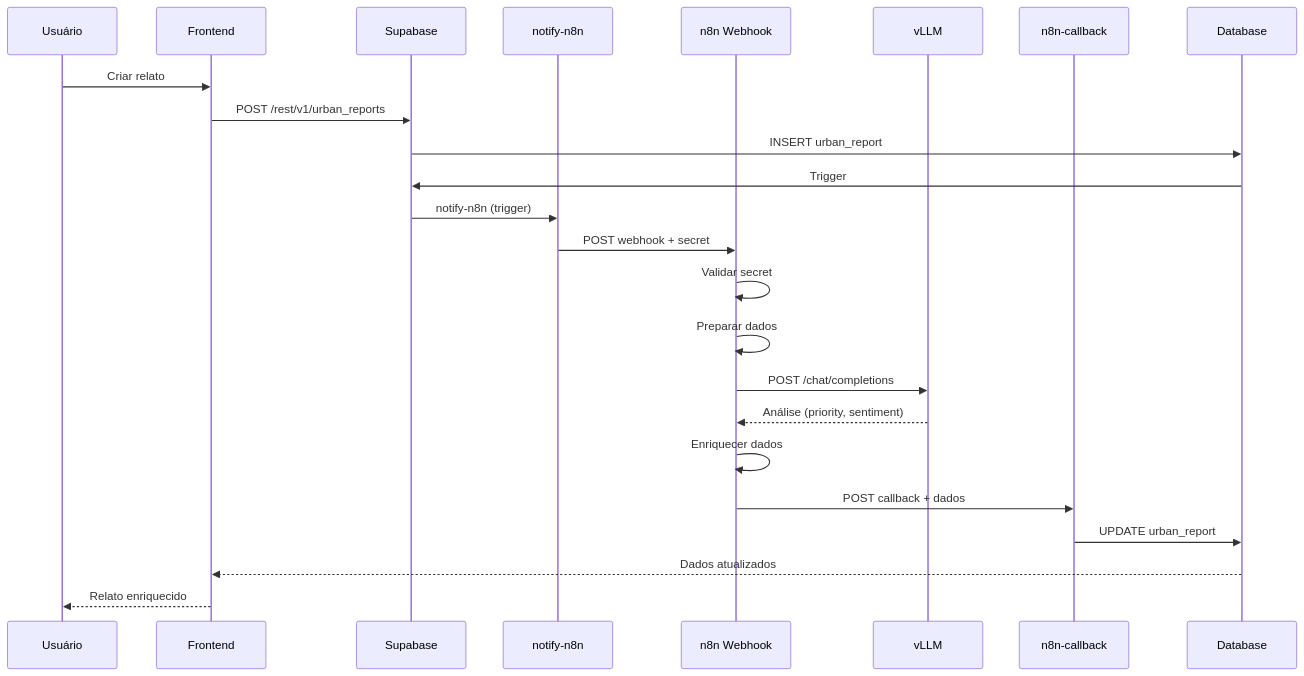
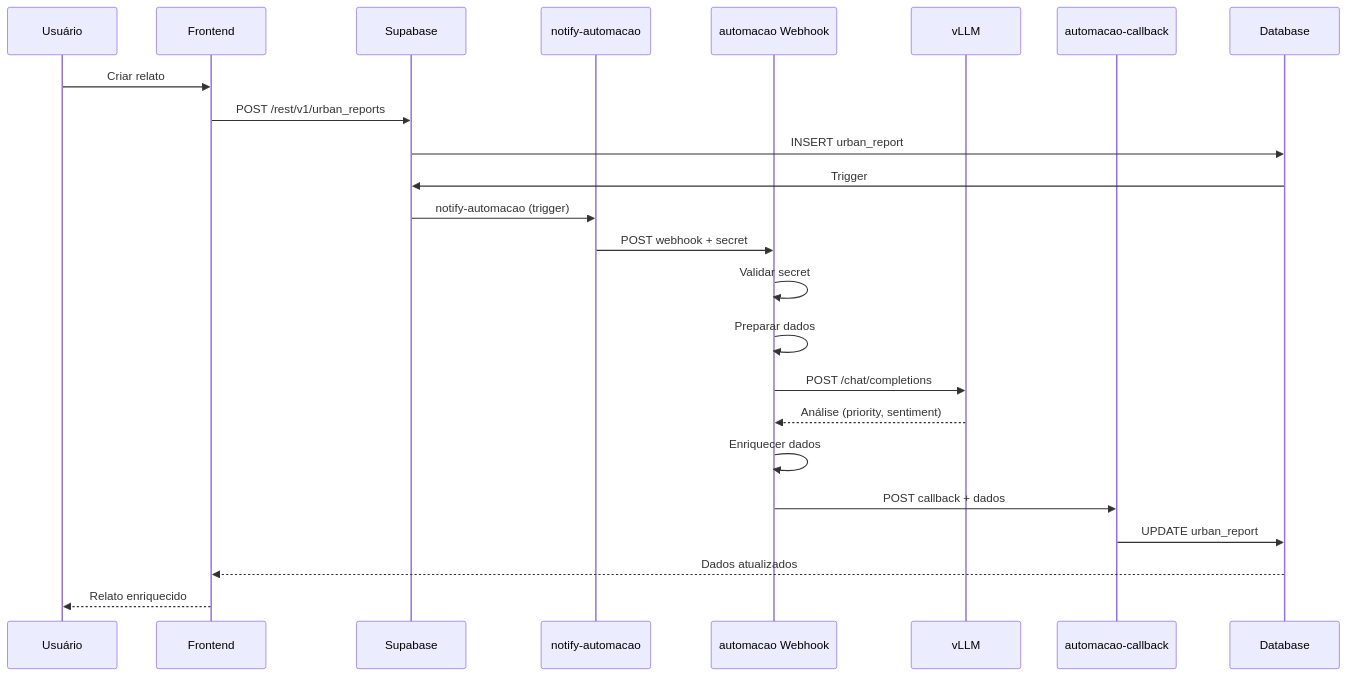
One commit to MTechnologia/camana-na-mao changed the fifth of 17 diagrams in docs/DIAGRAMA_INTEGRACOES.md. Above: the diagram before and after it, drawn with Mermaid. The commit also changed other lines of this file and 77 other files, not shown here.

````diff
--- a/docs/DIAGRAMA_INTEGRACOES.md
+++ b/docs/DIAGRAMA_INTEGRACOES.md
@@ -176,27 +176,27 @@
 ```mermaid
 sequenceDiagram
     participant U as Usuário
     participant F as Frontend
     participant S as Supabase
-    participant N as notify-n8n
-    participant W as n8n Webhook
+    participant N as notify-automacao
+    participant W as automacao Webhook
     participant V as vLLM
-    participant C as n8n-callback
+    participant C as automacao-callback
     participant D as Database
     
     U->>F: Criar relato
     F->>S: POST /rest/v1/urban_reports
     S->>D: INSERT urban_report
     D->>S: Trigger
-    S->>N: notify-n8n (trigger)
+    S->>N: notify-automacao (trigger)
     N->>W: POST webhook + secret
     W->>W: Validar secret
     W->>W: Preparar dados
     W->>V: POST /chat/completions
     V-->>W: Análise (priority, sentiment)
     W->>W: Enriquecer dados
     W->>C: POST callback + dados
     C->>D: UPDATE urban_report
     D-->>F: Dados atualizados
     F-->>U: Relato enriquecido
 ```
````
